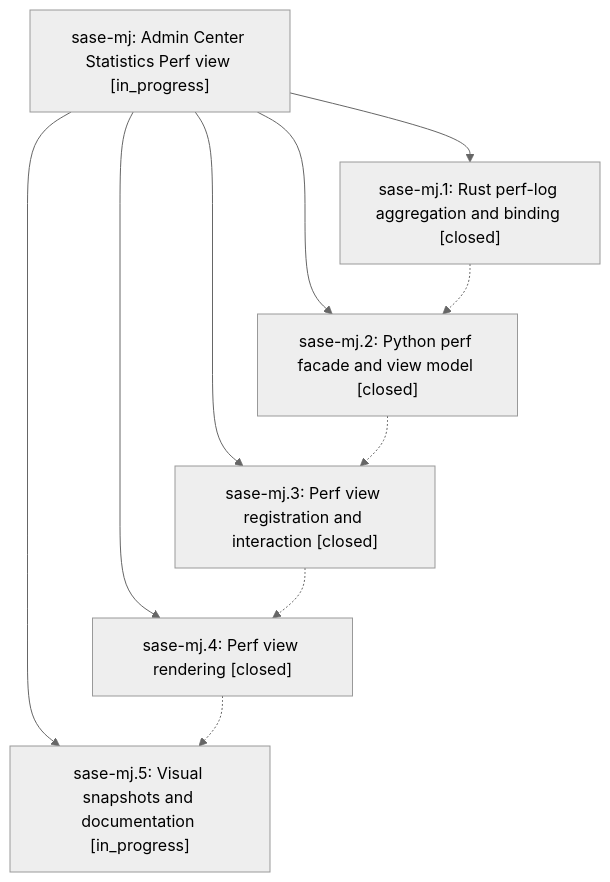
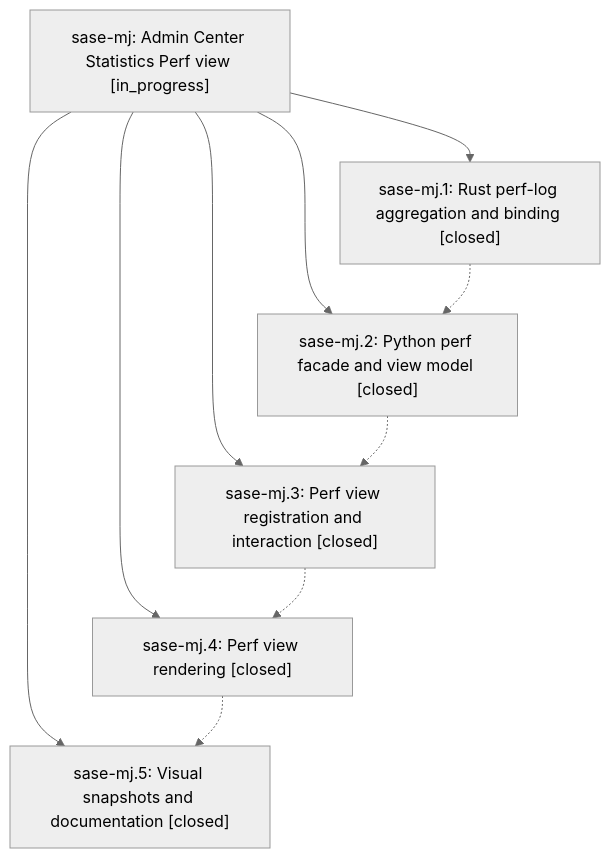
Before and after one commit to sase-org/sase--beads: the diagram in pages/sase-mj/README.md, drawn with Mermaid (neutral theme). The commit also changed other lines of this file and 2 other files, not shown here.

First line of the commit message:
chore(beads): sync bead state and pages for sase-mj

````diff
--- a/pages/sase-mj/README.md
+++ b/pages/sase-mj/README.md
@@ -32,18 +32,18 @@
 ```mermaid
 flowchart TD
     n0["sase-mj: Admin Center Statistics Perf view [in_progress]"]
     n1["sase-mj.1: Rust perf-log aggregation and binding [closed]"]
     n2["sase-mj.2: Python perf facade and view model [closed]"]
     n3["sase-mj.3: Perf view registration and interaction [closed]"]
     n4["sase-mj.4: Perf view rendering [closed]"]
-    n5["sase-mj.5: Visual snapshots and documentation [in_progress]"]
+    n5["sase-mj.5: Visual snapshots and documentation [closed]"]
     n0 --> n1
     n0 --> n2
     n0 --> n3
     n0 --> n4
     n0 --> n5
     n1 -.-> n2
     n2 -.-> n3
     n3 -.-> n4
     n4 -.-> n5
 ```
````
